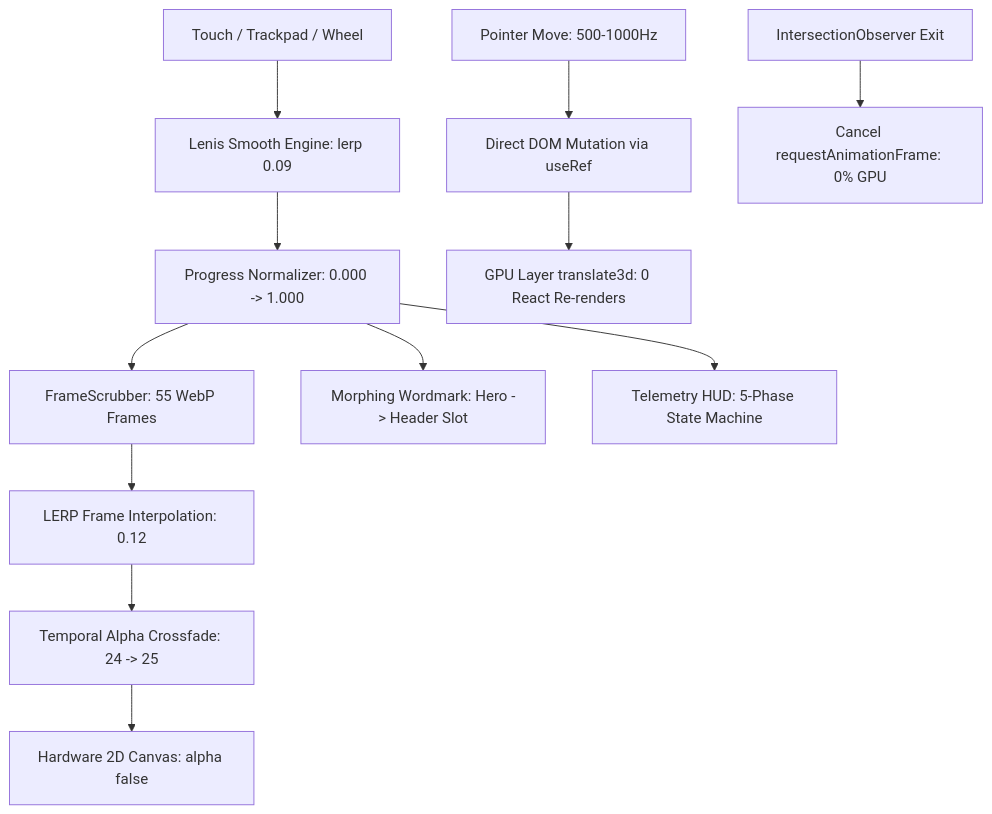
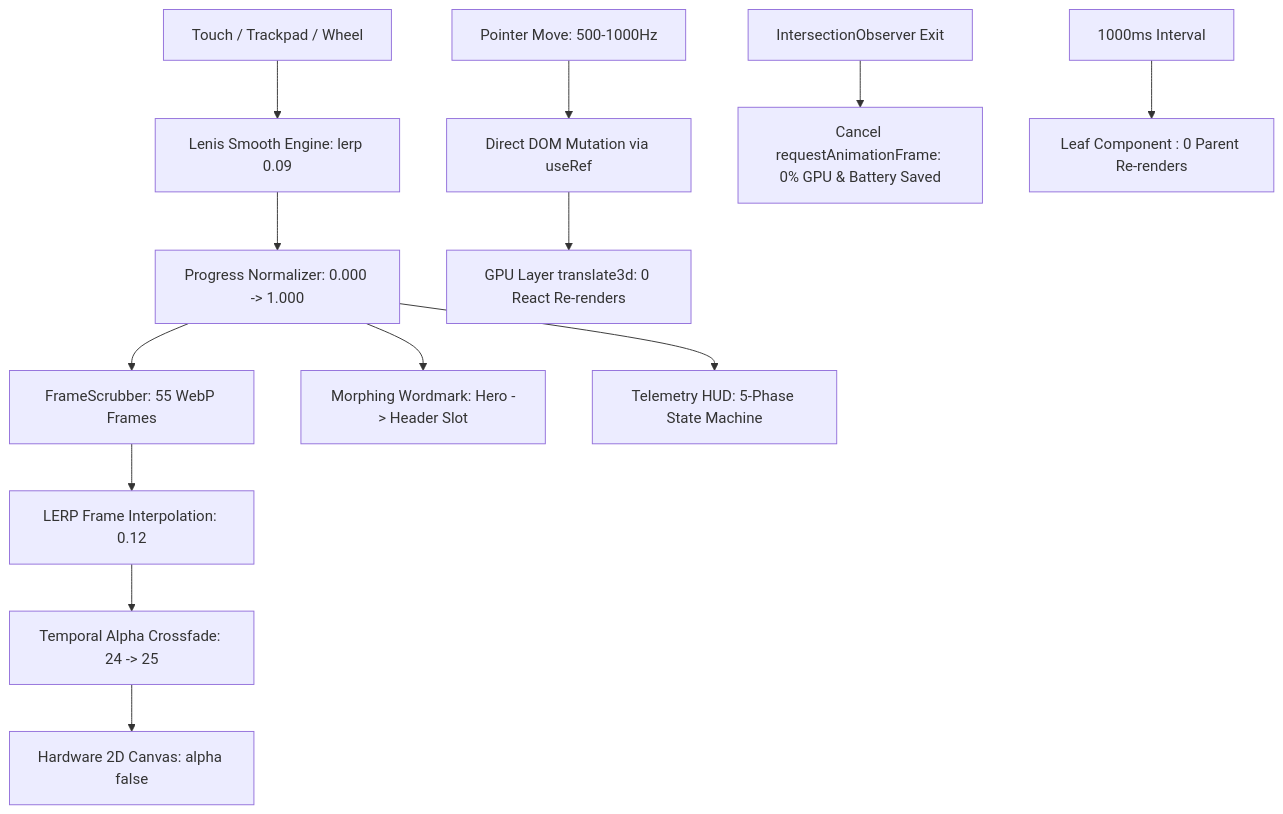
One commit to heayr/my_portfolio_web changed the diagram in README.md. Above: the diagram before and after it, drawn with Mermaid. The commit also changed other lines of this file, not shown here.

Commit message:
docs: expand README with leaf-node clock isolation, mobile battery protection, and true polymorphism invariants

````diff
--- a/README.md
+++ b/README.md
@@ -74,18 +101,20 @@
 ```mermaid
 graph TD
   UserScroll[Touch / Trackpad / Wheel] --> Lenis[Lenis Smooth Engine: lerp 0.09]
   Lenis --> NormalizedProgress[Progress Normalizer: 0.000 -> 1.000]
   
   NormalizedProgress --> CanvasScrubber[FrameScrubber: 55 WebP Frames]
   CanvasScrubber --> LERPEngine[LERP Frame Interpolation: 0.12]
   LERPEngine --> TemporalCrossfade[Temporal Alpha Crossfade: 24 -> 25]
   TemporalCrossfade --> GPU2D[Hardware 2D Canvas: alpha false]
 
   NormalizedProgress --> MorphingWordmark[Morphing Wordmark: Hero -> Header Slot]
   NormalizedProgress --> TelemetryHUD[Telemetry HUD: 5-Phase State Machine]
   
   DOMPointer[Pointer Move: 500-1000Hz] --> DirectDOM[Direct DOM Mutation via useRef]
   DirectDOM --> GPUCompositing[GPU Layer translate3d: 0 React Re-renders]
 
-  ViewportExit[IntersectionObserver Exit] --> StopRAF[Cancel requestAnimationFrame: 0% GPU]
+  ViewportExit[IntersectionObserver Exit] --> StopRAF[Cancel requestAnimationFrame: 0% GPU & Battery Saved]
+  
+  ClockTick[1000ms Interval] --> LeafClock[Leaf Component <MoscowClock />: 0 Parent Re-renders]
 ```
````
